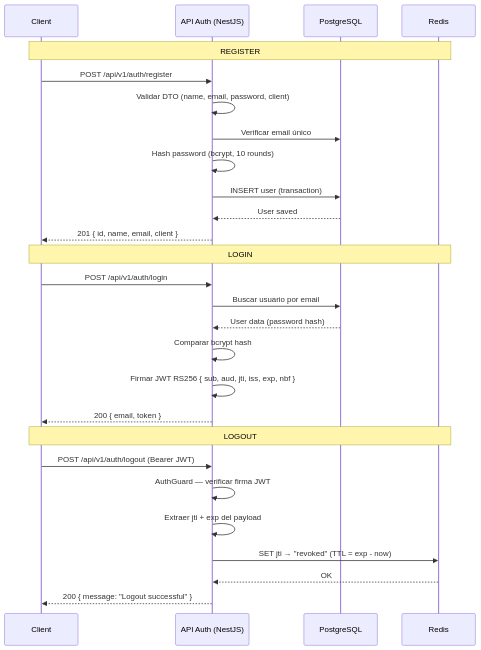
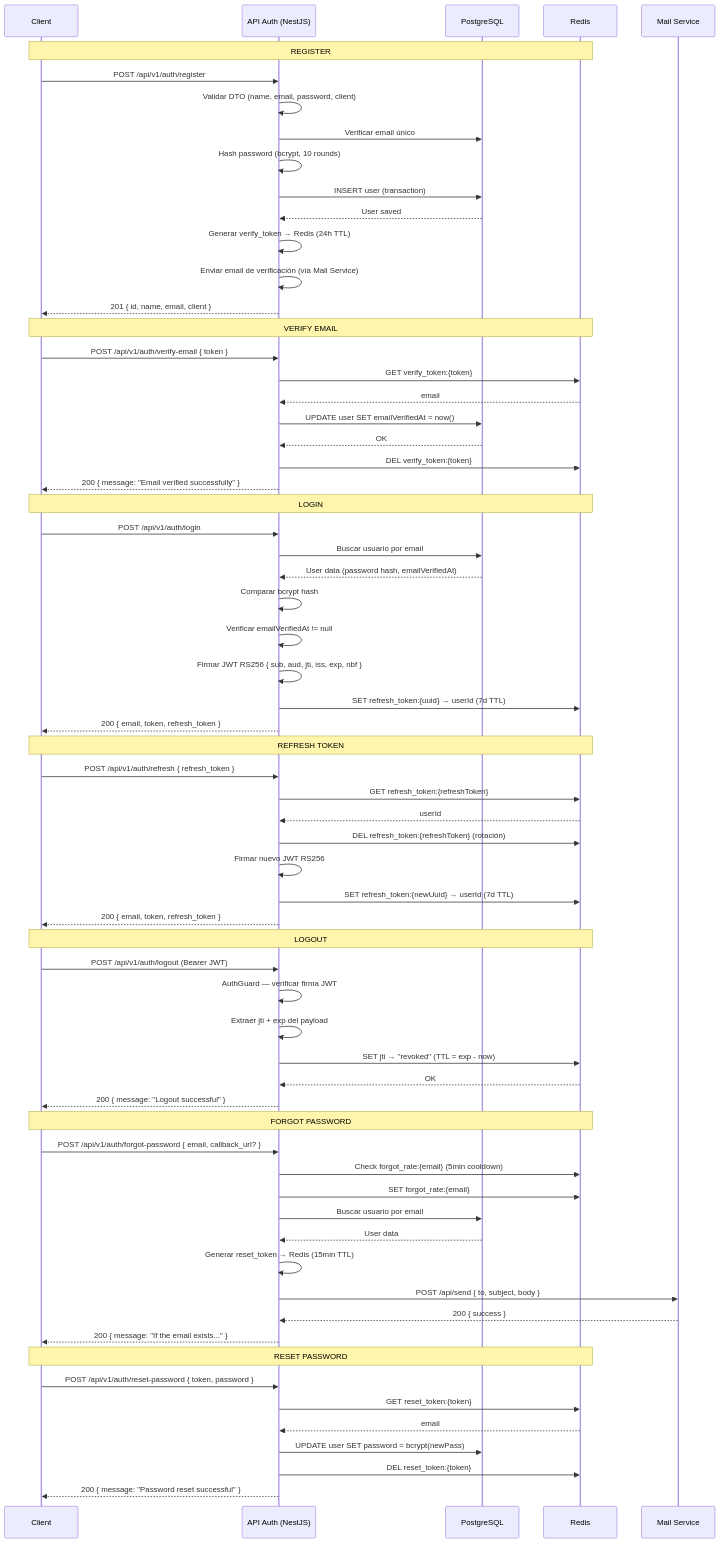
One commit to sasax741/auth-center changed the third of 4 diagrams in README.md. Above: the diagram before and after it, drawn with Mermaid. The commit also changed other lines of this file and 20 other files, not shown here.

````diff
--- a/README.md
+++ b/README.md
@@ -95,32 +101,74 @@
 ```mermaid
 sequenceDiagram
     participant C as Client
     participant API as API Auth (NestJS)
     participant PG as PostgreSQL
     participant R as Redis
+    participant ML as Mail Service
 
     Note over C,R: REGISTER
     C->>API: POST /api/v1/auth/register
     API->>API: Validar DTO (name, email, password, client)
     API->>PG: Verificar email único
     API->>API: Hash password (bcrypt, 10 rounds)
     API->>PG: INSERT user (transaction)
     PG-->>API: User saved
+    API->>API: Generar verify_token → Redis (24h TTL)
+    API->>API: Enviar email de verificación (vía Mail Service)
     API-->>C: 201 { id, name, email, client }
+
+    Note over C,R: VERIFY EMAIL
+    C->>API: POST /api/v1/auth/verify-email { token }
+    API->>R: GET verify_token:{token}
+    R-->>API: email
+    API->>PG: UPDATE user SET emailVerifiedAt = now()
+    PG-->>API: OK
+    API->>R: DEL verify_token:{token}
+    API-->>C: 200 { message: "Email verified successfully" }
 
     Note over C,R: LOGIN
     C->>API: POST /api/v1/auth/login
     API->>PG: Buscar usuario por email
-    PG-->>API: User data (password hash)
+    PG-->>API: User data (password hash, emailVerifiedAt)
     API->>API: Comparar bcrypt hash
+    API->>API: Verificar emailVerifiedAt != null
     API->>API: Firmar JWT RS256 { sub, aud, jti, iss, exp, nbf }
-    API-->>C: 200 { email, token }
+    API->>R: SET refresh_token:{uuid} → userId (7d TTL)
+    API-->>C: 200 { email, token, refresh_token }
+
+    Note over C,R: REFRESH TOKEN
+    C->>API: POST /api/v1/auth/refresh { refresh_token }
+    API->>R: GET refresh_token:{refreshToken}
+    R-->>API: userId
+    API->>R: DEL refresh_token:{refreshToken} (rotación)
+    API->>API: Firmar nuevo JWT RS256
+    API->>R: SET refresh_token:{newUuid} → userId (7d TTL)
+    API-->>C: 200 { email, token, refresh_token }
 
     Note over C,R: LOGOUT
     C->>API: POST /api/v1/auth/logout (Bearer JWT)
     API->>API: AuthGuard — verificar firma JWT
     API->>API: Extraer jti + exp del payload
     API->>R: SET jti → "revoked" (TTL = exp - now)
     R-->>API: OK
     API-->>C: 200 { message: "Logout successful" }
+
+    Note over C,R: FORGOT PASSWORD
+    C->>API: POST /api/v1/auth/forgot-password { email, callback_url? }
+    API->>R: Check forgot_rate:{email} (5min cooldown)
+    API->>R: SET forgot_rate:{email}
+    API->>PG: Buscar usuario por email
+    PG-->>API: User data
+    API->>API: Generar reset_token → Redis (15min TTL)
+    API->>ML: POST /api/send { to, subject, body }
+    ML-->>API: 200 { success }
+    API-->>C: 200 { message: "If the email exists..." }
+
+    Note over C,R: RESET PASSWORD
+    C->>API: POST /api/v1/auth/reset-password { token, password }
+    API->>R: GET reset_token:{token}
+    R-->>API: email
+    API->>PG: UPDATE user SET password = bcrypt(newPass)
+    API->>R: DEL reset_token:{token}
+    API-->>C: 200 { message: "Password reset successful" }
 ```
````
